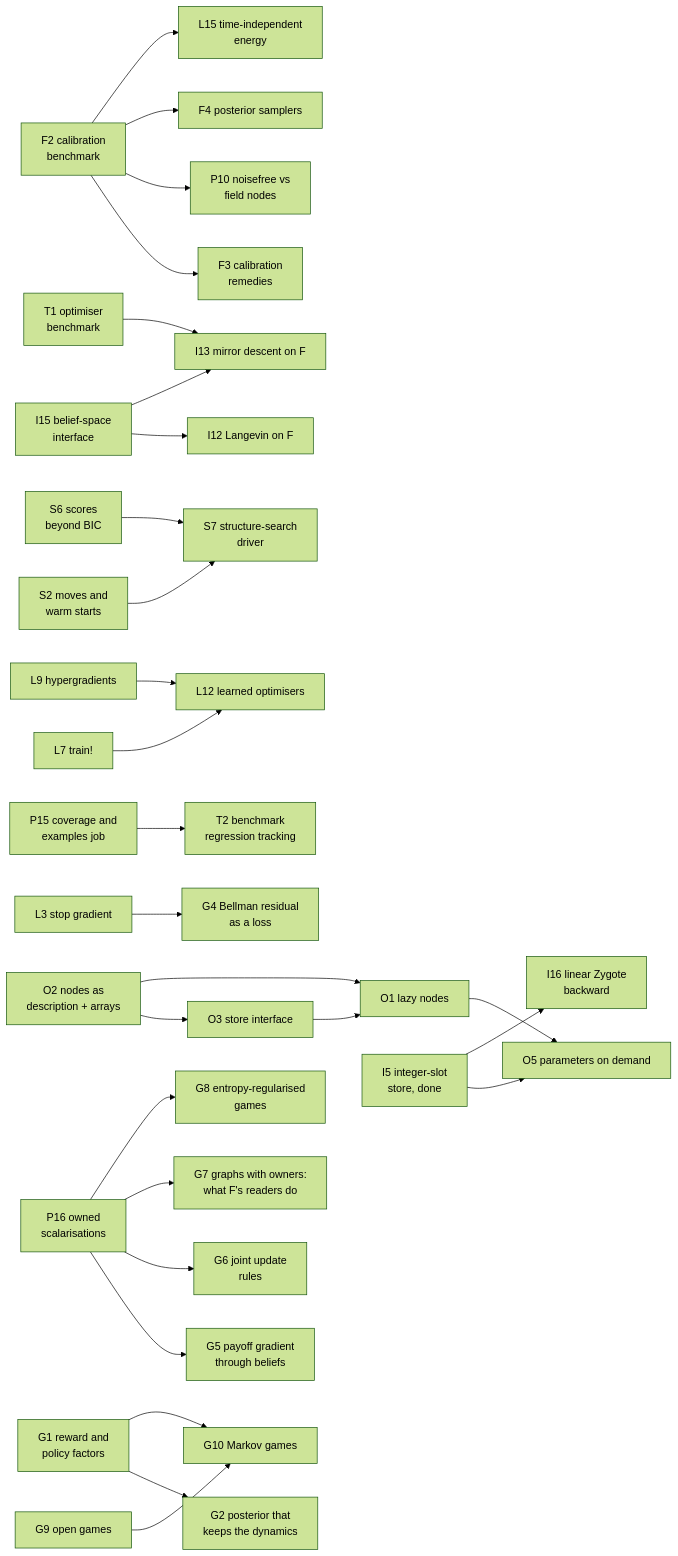
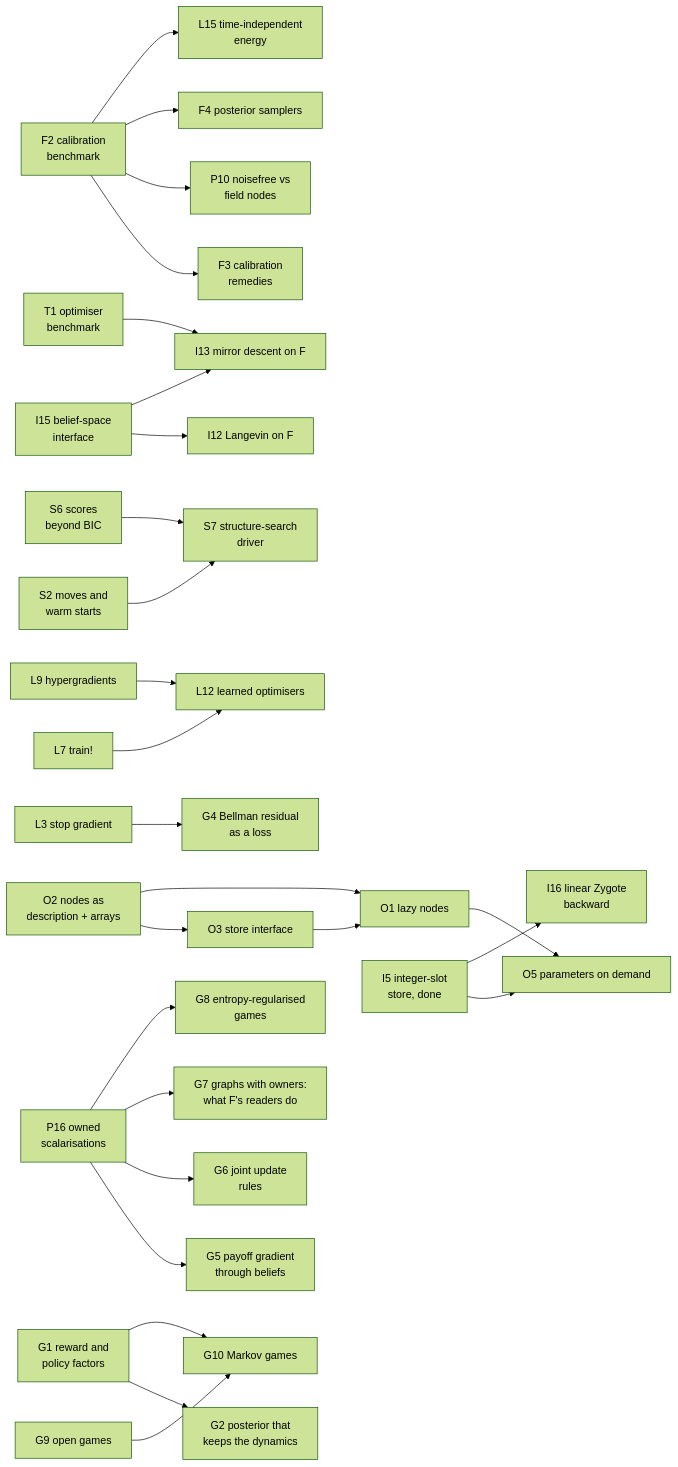
One commit to MathStruct/Lenticulum.jl changed the diagram in vault/Project/Feature Backlog/Feature Backlog.md. Above: the diagram before and after it, drawn with Mermaid (forest theme). The commit also changed 51 other files, not shown here.

````diff
--- a/vault/Project/Feature Backlog/Feature Backlog.md
+++ b/vault/Project/Feature Backlog/Feature Backlog.md
@@ -47,29 +47,28 @@
 ```mermaid
 graph LR
   F2[F2 calibration<br/>benchmark] --> F3[F3 calibration<br/>remedies]
   F2 --> P10[P10 noisefree vs<br/>field nodes]
   F2 --> F4[F4 posterior samplers]
   F2 --> L15[L15 time-independent<br/>energy]
   I15[I15 belief-space<br/>interface] --> I12[I12 Langevin on F]
   I15 --> I13[I13 mirror descent on F]
   T1[T1 optimiser<br/>benchmark] --> I13
   O2[O2 nodes as<br/>description + arrays] --> O3[O3 store interface]
   O2 --> O1[O1 lazy nodes]
   O3 --> O1
   O1 --> O5[O5 parameters on demand]
   I5[I5 integer-slot<br/>store, done] --> O5
   I5 --> I16[I16 linear Zygote<br/>backward]
   S2[S2 moves and<br/>warm starts] --> S7[S7 structure-search<br/>driver]
   S6[S6 scores<br/>beyond BIC] --> S7
   L7[L7 train!] --> L12[L12 learned optimisers]
   L9[L9 hypergradients] --> L12
-  P15[P15 coverage and<br/>examples job] --> T2[T2 benchmark<br/>regression tracking]
   G1[G1 reward and<br/>policy factors] --> G2[G2 posterior that<br/>keeps the dynamics]
   L3[L3 stop gradient] --> G4[G4 Bellman residual<br/>as a loss]
   P16[P16 owned<br/>scalarisations] --> G5[G5 payoff gradient<br/>through beliefs]
   P16 --> G6[G6 joint update<br/>rules]
   P16 --> G7[G7 graphs with owners:<br/>what F's readers do]
   P16 --> G8[G8 entropy-regularised<br/>games]
   G1 --> G10[G10 Markov games]
   G9[G9 open games] --> G10
 ```
````
